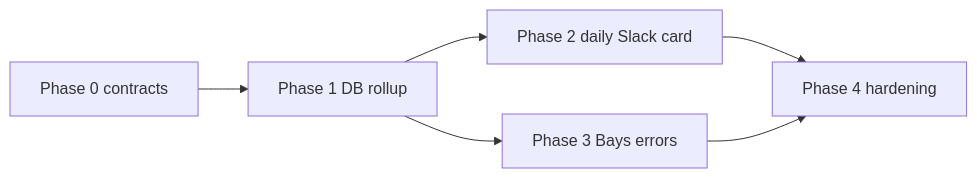
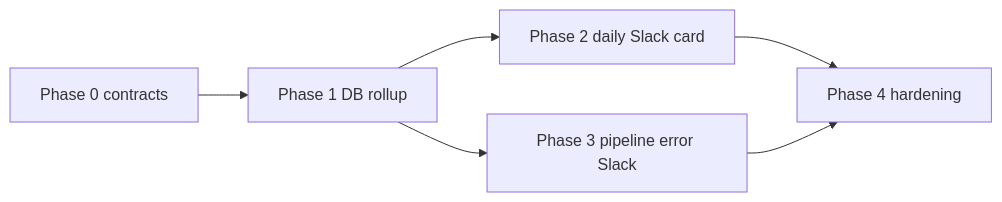
The diagram in docs/logging-telemetry-plan.md (kaiqi-eng/ragingester), drawn with Mermaid before and after one commit. The commit also changed other lines of this file and 10 other files, not shown here.

First line of the commit message:
Add Phase 3 Bays-shaped pipeline-error Slack posts for RSS failures.

````diff
--- a/docs/logging-telemetry-plan.md
+++ b/docs/logging-telemetry-plan.md
@@ -287,8 +333,8 @@
 ```mermaid
 flowchart LR
   P0[Phase 0 contracts] --> P1[Phase 1 DB rollup]
   P1 --> P2[Phase 2 daily Slack card]
-  P1 --> P3[Phase 3 Bays errors]
+  P1 --> P3[Phase 3 pipeline error Slack]
   P2 --> P4[Phase 4 hardening]
   P3 --> P4
 ```
````
